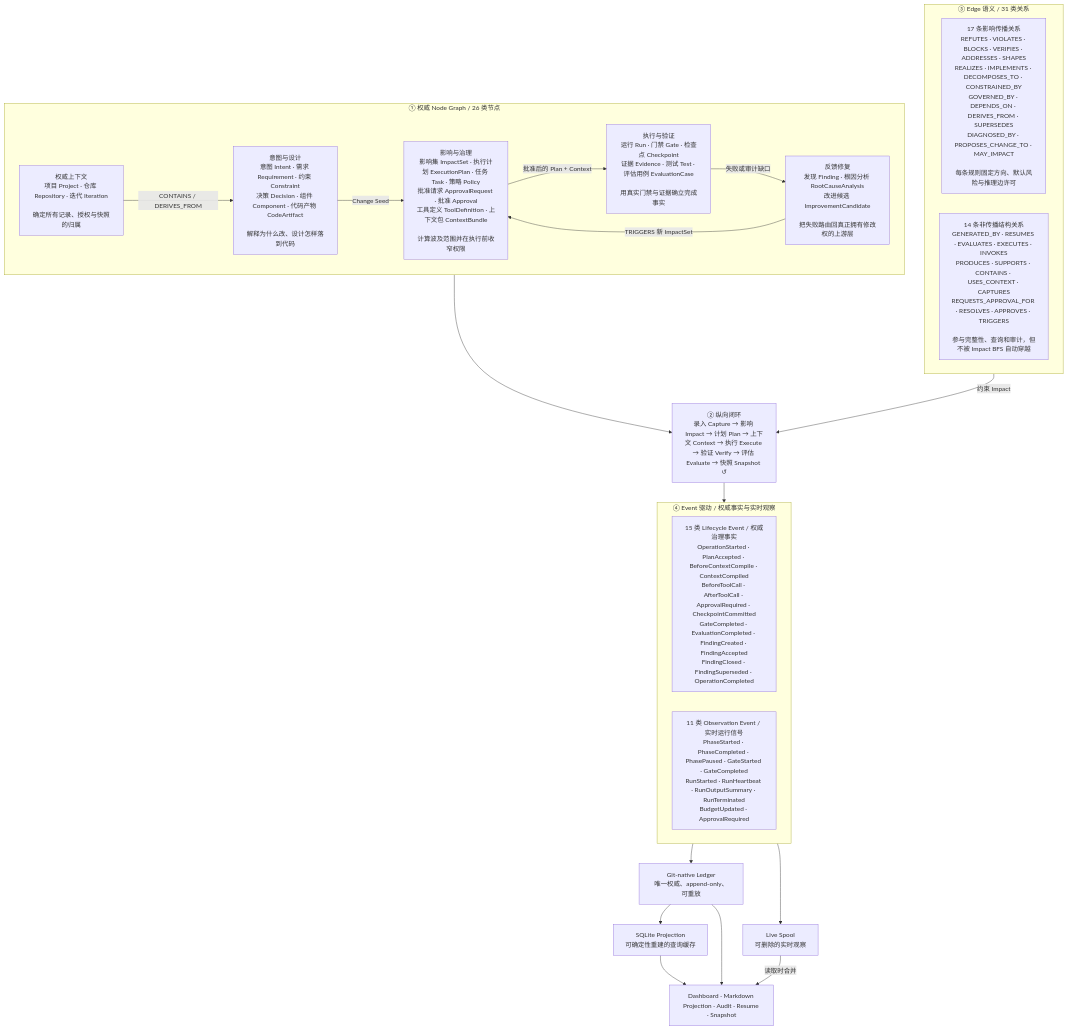
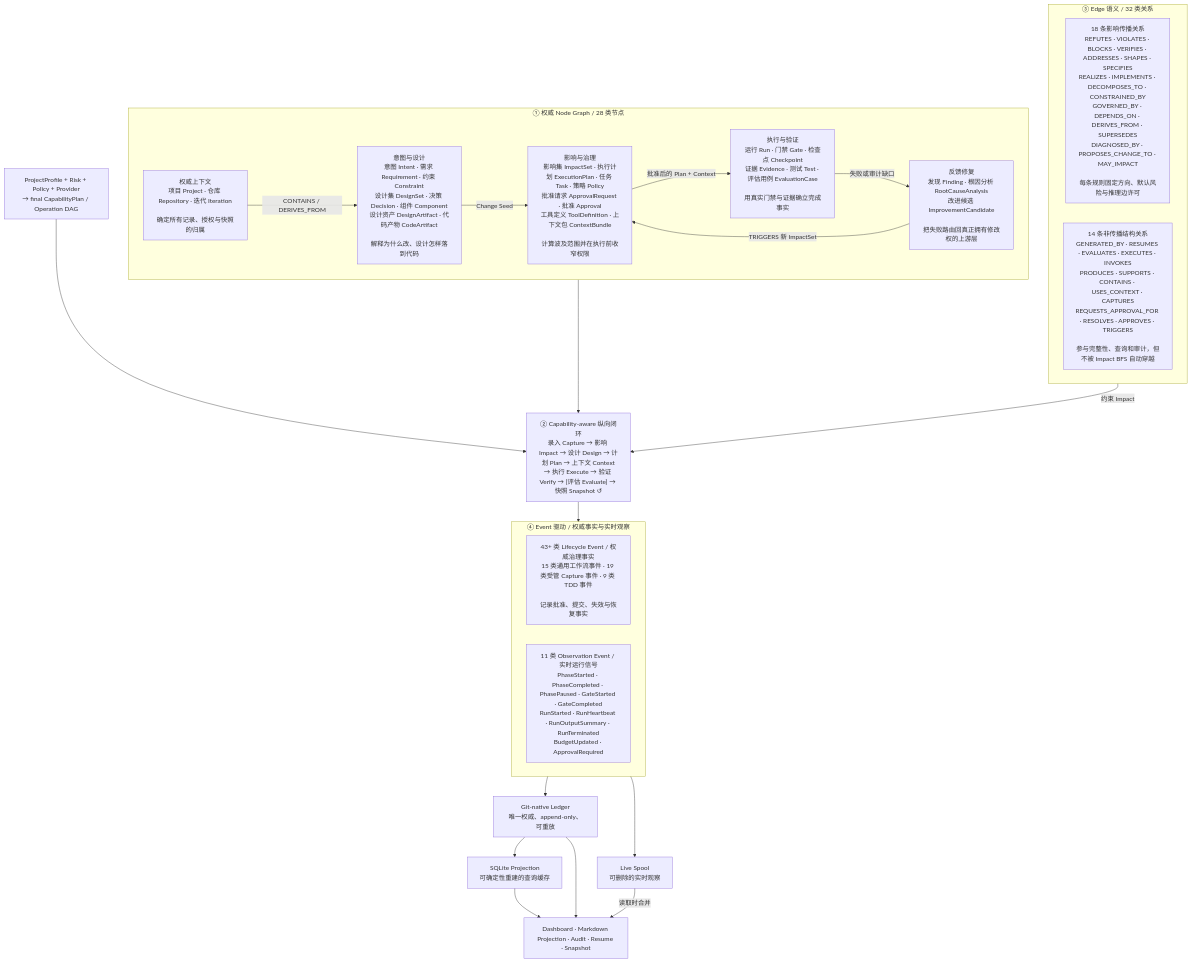
One commit to maochendong/universal-harness changed the first of 2 diagrams in docs/graph-driven-harness-model.md. Above: the diagram before and after it, drawn with Mermaid. The commit also changed other lines of this file and 3 other files, not shown here.

Commit message:
docs: align graph model with protocol 1.1

````diff
--- a/docs/graph-driven-harness-model.md
+++ b/docs/graph-driven-harness-model.md
@@ -14,46 +14,48 @@
 ```mermaid
 flowchart TB
-  subgraph NODE_GRAPH["① 权威 Node Graph / 26 类节点"]
+  subgraph NODE_GRAPH["① 权威 Node Graph / 28 类节点"]
     direction LR
     AUTH["权威上下文<br/>项目 Project · 仓库 Repository · 迭代 Iteration<br/><br/>确定所有记录、授权与快照的归属"]
-    DESIGN["意图与设计<br/>意图 Intent · 需求 Requirement · 约束 Constraint<br/>决策 Decision · 组件 Component · 代码产物 CodeArtifact<br/><br/>解释为什么改、设计怎样落到代码"]
+    DESIGN["意图与设计<br/>意图 Intent · 需求 Requirement · 约束 Constraint<br/>设计集 DesignSet · 决策 Decision · 组件 Component<br/>设计资产 DesignArtifact · 代码产物 CodeArtifact<br/><br/>解释为什么改、设计怎样落到代码"]
     GOVERN["影响与治理<br/>影响集 ImpactSet · 执行计划 ExecutionPlan · 任务 Task · 策略 Policy<br/>批准请求 ApprovalRequest · 批准 Approval<br/>工具定义 ToolDefinition · 上下文包 ContextBundle<br/><br/>计算波及范围并在执行前收窄权限"]
     EXECUTION["执行与验证<br/>运行 Run · 门禁 Gate · 检查点 Checkpoint<br/>证据 Evidence · 测试 Test · 评估用例 EvaluationCase<br/><br/>用真实门禁与证据确立完成事实"]
     FEEDBACK["反馈修复<br/>发现 Finding · 根因分析 RootCauseAnalysis<br/>改进候选 ImprovementCandidate<br/><br/>把失败路由回真正拥有修改权的上游层"]
 
     AUTH -->|"CONTAINS / DERIVES_FROM"| DESIGN
     DESIGN -->|"Change Seed"| GOVERN
     GOVERN -->|"批准后的 Plan + Context"| EXECUTION
     EXECUTION -->|"失败或审计缺口"| FEEDBACK
     FEEDBACK -->|"TRIGGERS 新 ImpactSet"| GOVERN
   end
 
-  PHASES["② 纵向闭环<br/>录入 Capture → 影响 Impact → 计划 Plan → 上下文 Context → 执行 Execute → 验证 Verify → 评估 Evaluate → 快照 Snapshot ↺"]
+  PROFILE["ProjectProfile + Risk + Policy + Provider<br/>→ final CapabilityPlan / Operation DAG"]
+  PHASES["② Capability-aware 纵向闭环<br/>录入 Capture → 影响 Impact → 设计 Design → 计划 Plan → 上下文 Context<br/>→ 执行 Execute → 验证 Verify → [评估 Evaluate] → 快照 Snapshot ↺"]
 
-  subgraph EDGE_MODEL["③ Edge 语义 / 31 类关系"]
+  subgraph EDGE_MODEL["③ Edge 语义 / 32 类关系"]
     direction LR
-    PROPAGATION["17 条影响传播关系<br/>REFUTES · VIOLATES · BLOCKS · VERIFIES · ADDRESSES · SHAPES<br/>REALIZES · IMPLEMENTS · DECOMPOSES_TO · CONSTRAINED_BY<br/>GOVERNED_BY · DEPENDS_ON · DERIVES_FROM · SUPERSEDES<br/>DIAGNOSED_BY · PROPOSES_CHANGE_TO · MAY_IMPACT<br/><br/>每条规则固定方向、默认风险与推理边许可"]
+    PROPAGATION["18 条影响传播关系<br/>REFUTES · VIOLATES · BLOCKS · VERIFIES · ADDRESSES · SHAPES · SPECIFIES<br/>REALIZES · IMPLEMENTS · DECOMPOSES_TO · CONSTRAINED_BY<br/>GOVERNED_BY · DEPENDS_ON · DERIVES_FROM · SUPERSEDES<br/>DIAGNOSED_BY · PROPOSES_CHANGE_TO · MAY_IMPACT<br/><br/>每条规则固定方向、默认风险与推理边许可"]
     STRUCTURAL["14 条非传播结构关系<br/>GENERATED_BY · RESUMES · EVALUATES · EXECUTES · INVOKES<br/>PRODUCES · SUPPORTS · CONTAINS · USES_CONTEXT · CAPTURES<br/>REQUESTS_APPROVAL_FOR · RESOLVES · APPROVES · TRIGGERS<br/><br/>参与完整性、查询和审计，但不被 Impact BFS 自动穿越"]
   end
 
   subgraph EVENT_MODEL["④ Event 驱动 / 权威事实与实时观察"]
     direction LR
-    LIFECYCLE["15 类 Lifecycle Event / 权威治理事实<br/>OperationStarted · PlanAccepted · BeforeContextCompile · ContextCompiled<br/>BeforeToolCall · AfterToolCall · ApprovalRequired · CheckpointCommitted<br/>GateCompleted · EvaluationCompleted · FindingCreated · FindingAccepted<br/>FindingClosed · FindingSuperseded · OperationCompleted"]
+    LIFECYCLE["43+ 类 Lifecycle Event / 权威治理事实<br/>15 类通用工作流事件 · 19 类受管 Capture 事件 · 9 类 TDD 事件<br/><br/>记录批准、提交、失效与恢复事实"]
     OBSERVATION["11 类 Observation Event / 实时运行信号<br/>PhaseStarted · PhaseCompleted · PhasePaused · GateStarted · GateCompleted<br/>RunStarted · RunHeartbeat · RunOutputSummary · RunTerminated<br/>BudgetUpdated · ApprovalRequired"]
   end
 
   LEDGER["Git-native Ledger<br/>唯一权威、append-only、可重放"]
   LIVE["Live Spool<br/>可删除的实时观察"]
   SQLITE["SQLite Projection<br/>可确定性重建的查询缓存"]
   READERS["Dashboard · Markdown Projection · Audit · Resume · Snapshot"]
 
+  PROFILE --> PHASES
   NODE_GRAPH --> PHASES
   EDGE_MODEL -->|"约束 Impact"| PHASES
   PHASES --> EVENT_MODEL
   LIFECYCLE --> LEDGER
   OBSERVATION --> LIVE
   LEDGER --> SQLITE
   LEDGER --> READERS
   LIVE -->|"读取时合并"| READERS
   SQLITE --> READERS
 ```
````
